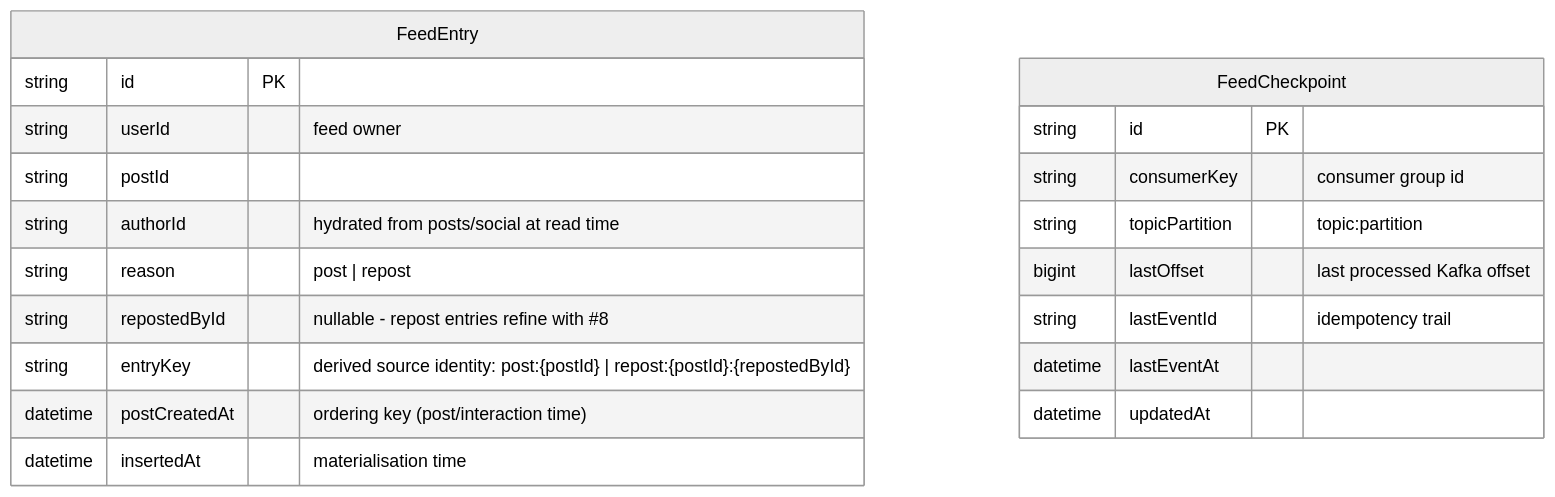
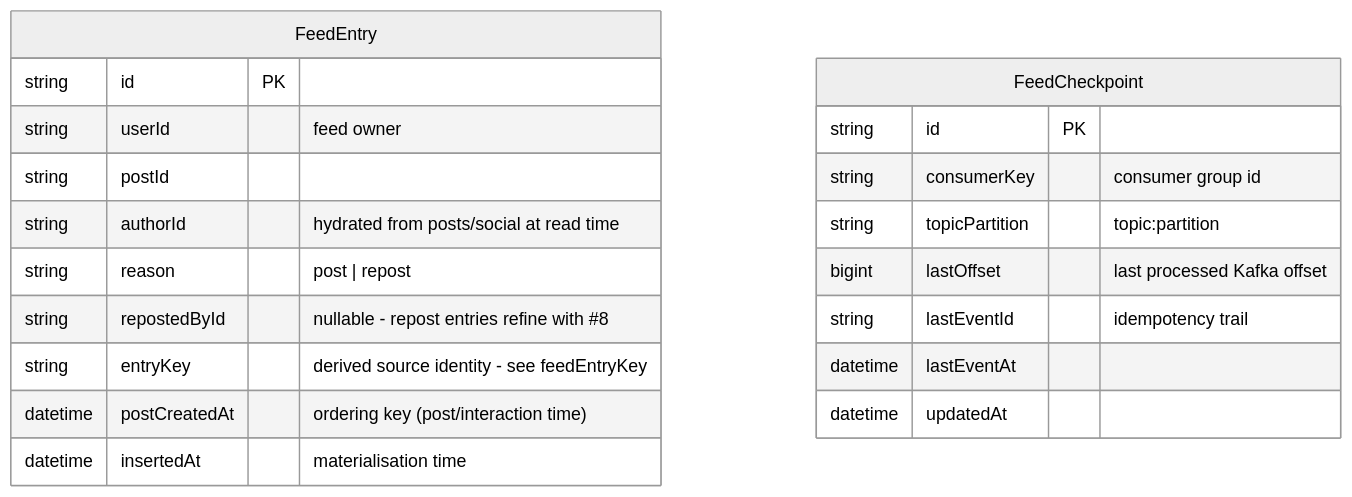
The fourth of 5 diagrams in docs/specs/data/01-storage-model.md (jdc-projects/xitter), drawn with Mermaid (neutral theme) before and after one commit. The commit also changed 4 other files, not shown here.

````diff
--- a/docs/specs/data/01-storage-model.md
+++ b/docs/specs/data/01-storage-model.md
@@ -105,23 +105,23 @@
 ```mermaid
 erDiagram
     FeedEntry {
         string id PK
         string userId "feed owner"
         string postId
         string authorId "hydrated from posts/social at read time"
         string reason "post | repost"
         string repostedById "nullable - repost entries refine with #8"
-        string entryKey "derived source identity: post:{postId} | repost:{postId}:{repostedById}"
+        string entryKey "derived source identity - see feedEntryKey"
         datetime postCreatedAt "ordering key (post/interaction time)"
         datetime insertedAt "materialisation time"
     }
     FeedCheckpoint {
         string id PK
         string consumerKey "consumer group id"
         string topicPartition "topic:partition"
         bigint lastOffset "last processed Kafka offset"
         string lastEventId "idempotency trail"
         datetime lastEventAt
         datetime updatedAt
     }
 ```
````
